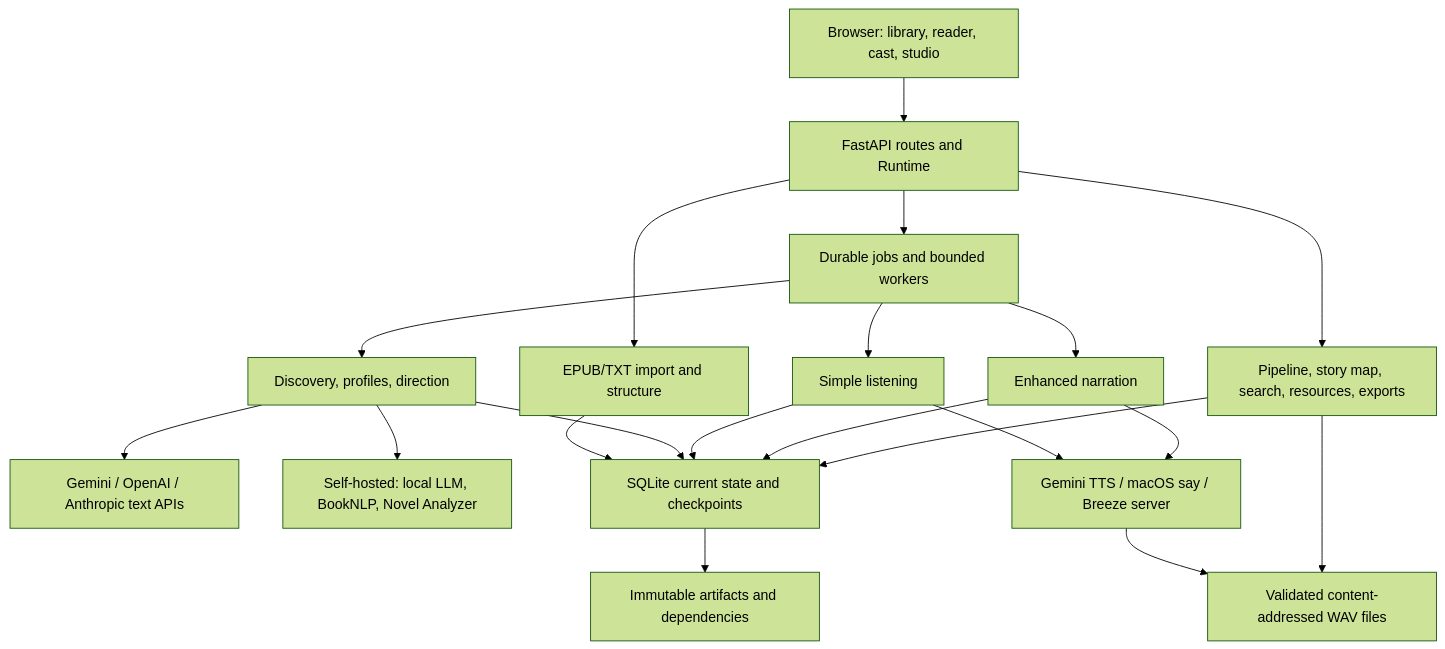
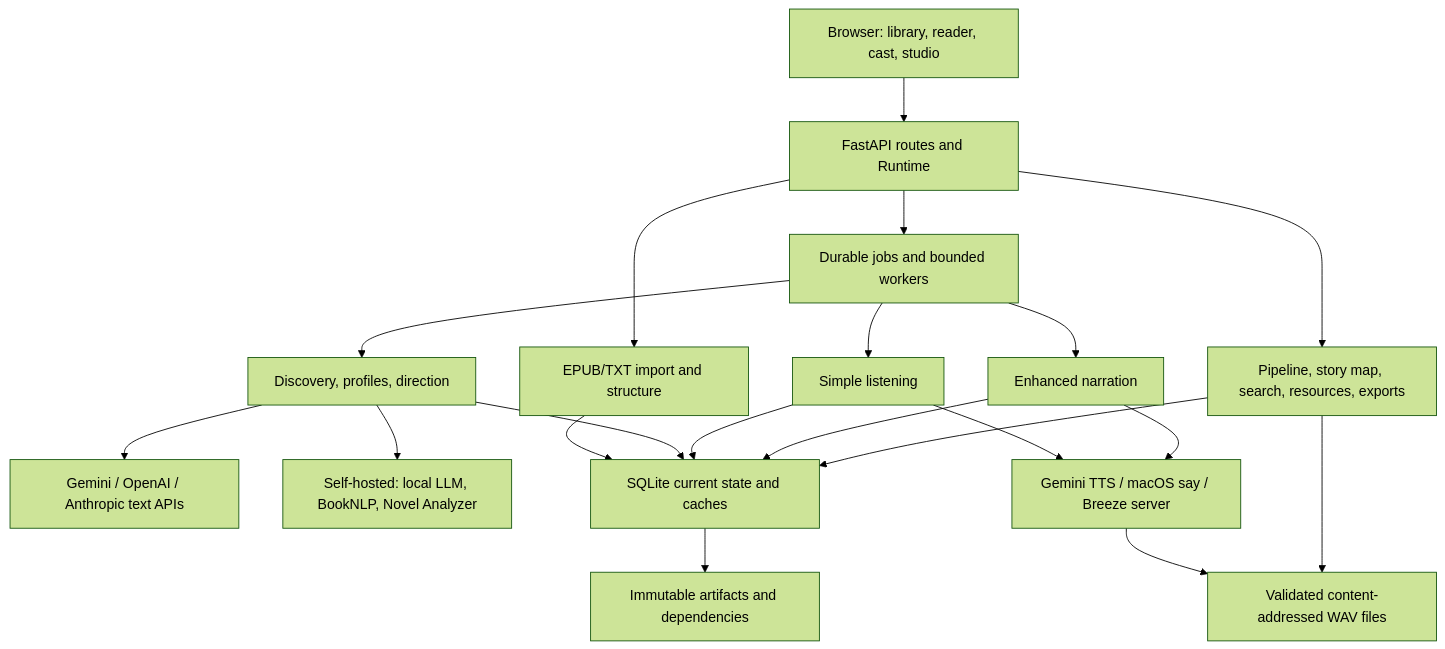
The diagram in docs/ARCHITECTURE.md (NicholasHazen/bardic), drawn with Mermaid (forest theme) before and after one commit. The commit also changed other lines of this file and 65 other files, not shown here.

````diff
--- a/docs/ARCHITECTURE.md
+++ b/docs/ARCHITECTURE.md
@@ -15,22 +15,22 @@
 ```mermaid
 flowchart TD
     UI[Browser: library, reader, cast, studio] --> API[FastAPI routes and Runtime]
     API --> Import[EPUB/TXT import and structure]
     API --> Worker[Durable jobs and bounded workers]
     Worker --> Analysis[Discovery, profiles, direction]
     Worker --> Listen[Simple listening]
     Worker --> Narration[Enhanced narration]
     Analysis --> Providers[Gemini / OpenAI / Anthropic text APIs]
     Analysis --> SelfHosted[Self-hosted: local LLM, BookNLP, Novel Analyzer]
     Listen --> TTS[Gemini TTS / macOS say / Breeze server]
     Narration --> TTS
-    Import --> Store[SQLite current state and checkpoints]
+    Import --> Store[SQLite current state and caches]
     Analysis --> Store
     Listen --> Store
     Narration --> Store
     Store --> History[Immutable artifacts and dependencies]
     TTS --> Assets[Validated content-addressed WAV files]
     API --> Views[Pipeline, story map, search, resources, exports]
     Views --> Store
     Views --> Assets
 ```
````
